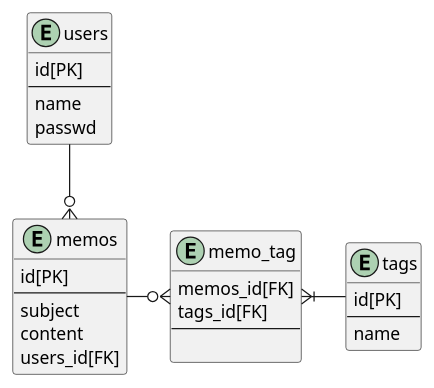
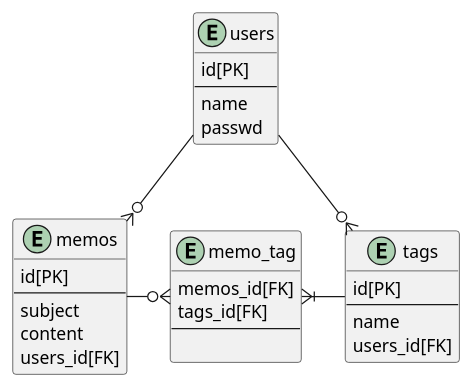
One commit to ddddddO/memo changed the diagram in arc/db/physical.pu. Above: the diagram before and after it, drawn with PlantUML. The commit also changed 3 other files, not shown here.

Commit message:
fix arc_db(add relation users and tags)

```diff
--- a/arc/db/physical.pu
+++ b/arc/db/physical.pu
@@ -1,38 +1,40 @@
 @startuml
 
 ' ENTITYs
 entity "users" as users {
   id[PK]
   --
   name
   passwd 
 }
 
 entity "memos" as memos {
   id[PK]
   --
   subject
   content
   users_id[FK]
 }
 
 entity "memo_tag" as memo_tag {
   memos_id[FK]
   tags_id[FK]
   --
 
 }
 
 entity "tags" as tags {
   id[PK]
   --
   name
+  users_id[FK]
 }
 
 
 ' RELATIONs
 users --o{ memos
 memos -o{ memo_tag
 memo_tag }|- tags
+users --o{ tags
 
 @enduml
```
